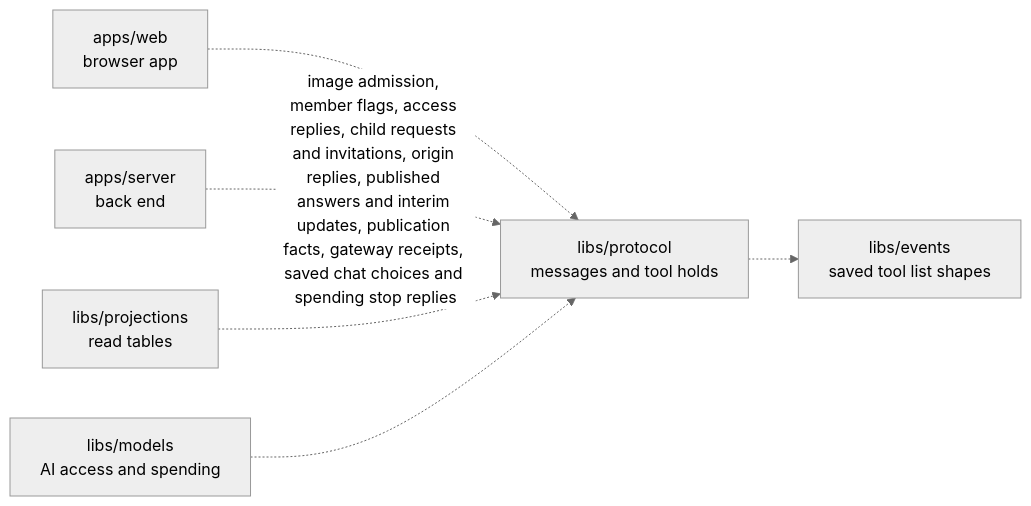
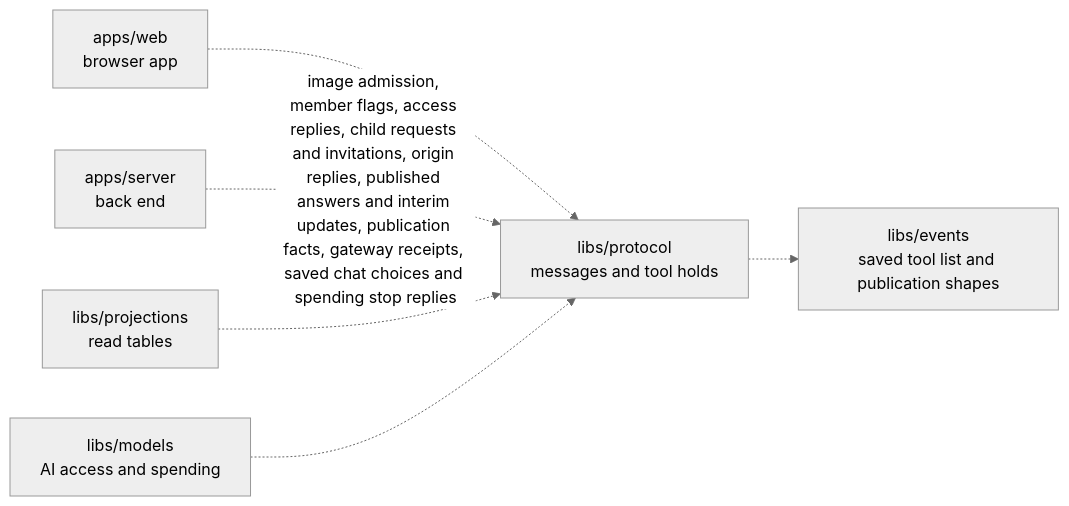
Before and after one commit to elewa-git/opencrane-new: the diagram in libs/protocol/README.md, drawn with Mermaid (neutral theme). The commit also changed other lines of this file and 14 other files, not shown here.

Commit message:
🛑 End old tool approvals when a replacement publication is saved

````diff
--- a/libs/protocol/README.md
+++ b/libs/protocol/README.md
@@ -11,8 +11,8 @@
 ```mermaid
 flowchart LR
   web["apps/web<br/>browser app"] -.-> protocol["libs/protocol<br/>messages and tool holds"]
   server["apps/server<br/>back end"] -.->|image admission, member flags, access replies, child requests and invitations, origin replies, published answers and interim updates, publication facts, gateway receipts, saved chat choices and spending stop replies| protocol
   projections["libs/projections<br/>read tables"] -.-> protocol
   models["libs/models<br/>AI access and spending"] -.-> protocol
-  protocol -.-> events["libs/events<br/>saved tool list shapes"]
+  protocol -.-> events["libs/events<br/>saved tool list and publication shapes"]
 ```
````
